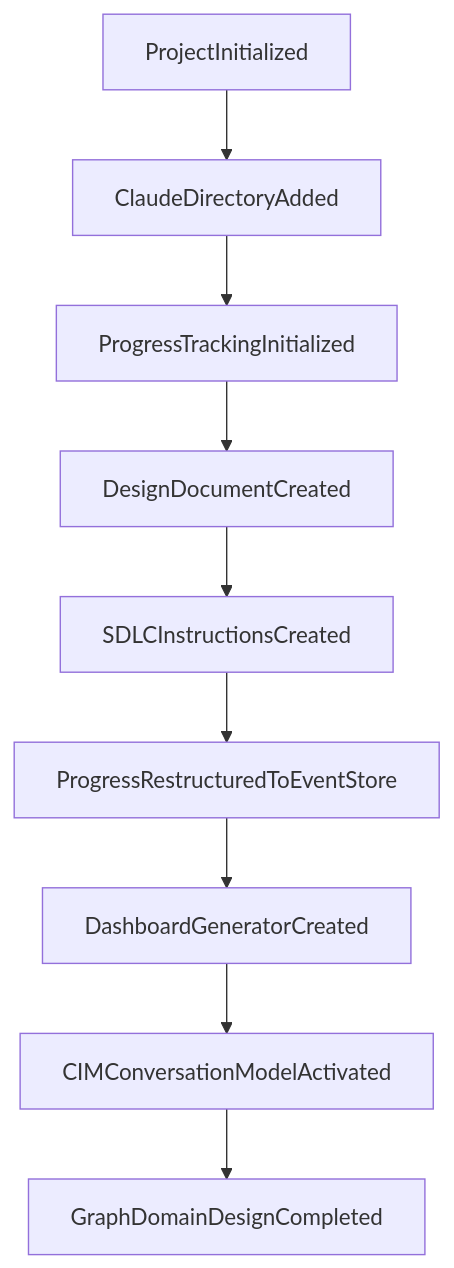
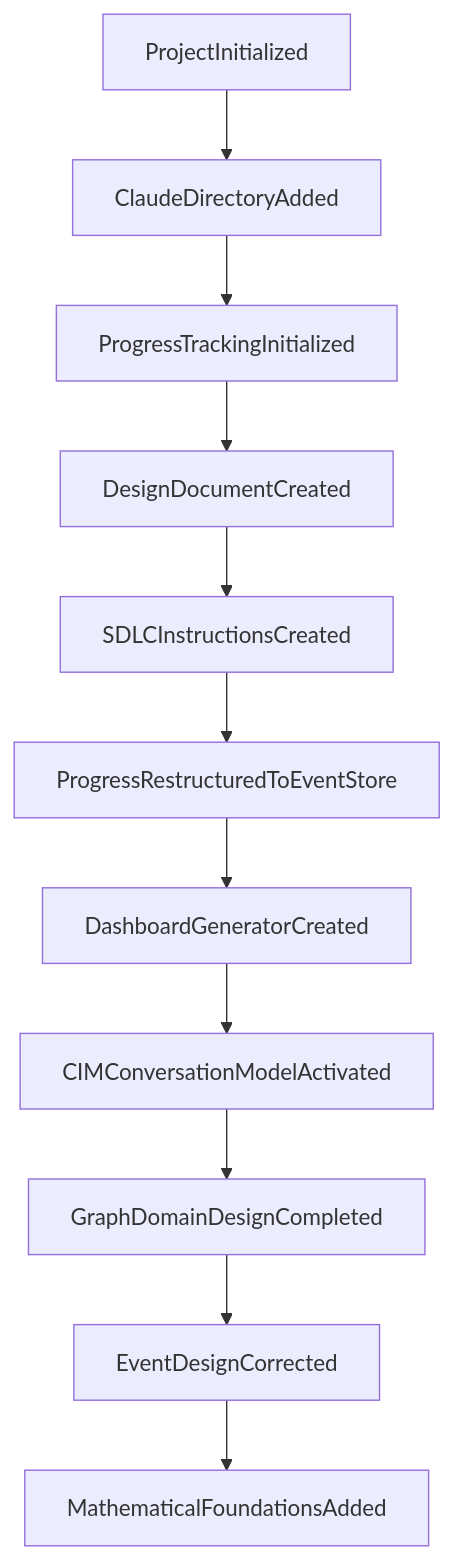
Before and after one commit to TheCowboyAI/cim-graph: the second of 2 diagrams in doc/progress/progress.md, drawn with Mermaid. The commit also changed other lines of this file and 4 other files, not shown here.

````diff
--- a/doc/progress/progress.md
+++ b/doc/progress/progress.md
@@ -80,12 +82,14 @@
 ```mermaid
 graph TD
     e99a30c7[ProjectInitialized]
     e99a30c7 --> e13a7004[ClaudeDirectoryAdded]
     e13a7004 --> 406533be[ProgressTrackingInitialized]
     406533be --> 47db4527[DesignDocumentCreated]
     47db4527 --> 6a38e749[SDLCInstructionsCreated]
     6a38e749 --> baea9958[ProgressRestructuredToEventStore]
     baea9958 --> 9aeed0a9[DashboardGeneratorCreated]
     9aeed0a9 --> 17ba26b4[CIMConversationModelActivated]
     17ba26b4 --> 00b04630[GraphDomainDesignCompleted]
+    00b04630 --> 3d29277e[EventDesignCorrected]
+    3d29277e --> 1eb74f21[MathematicalFoundationsAdded]
 ```
````
